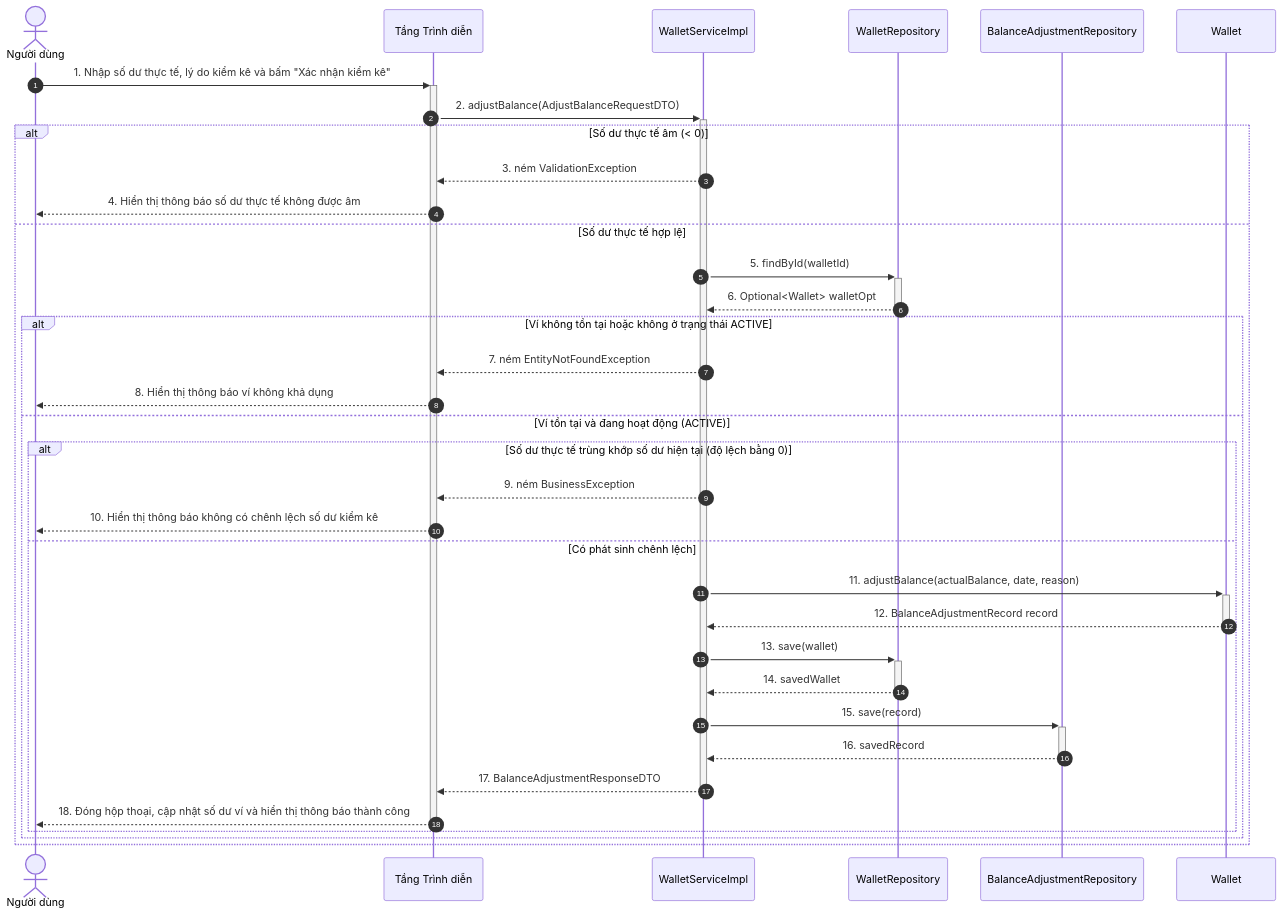
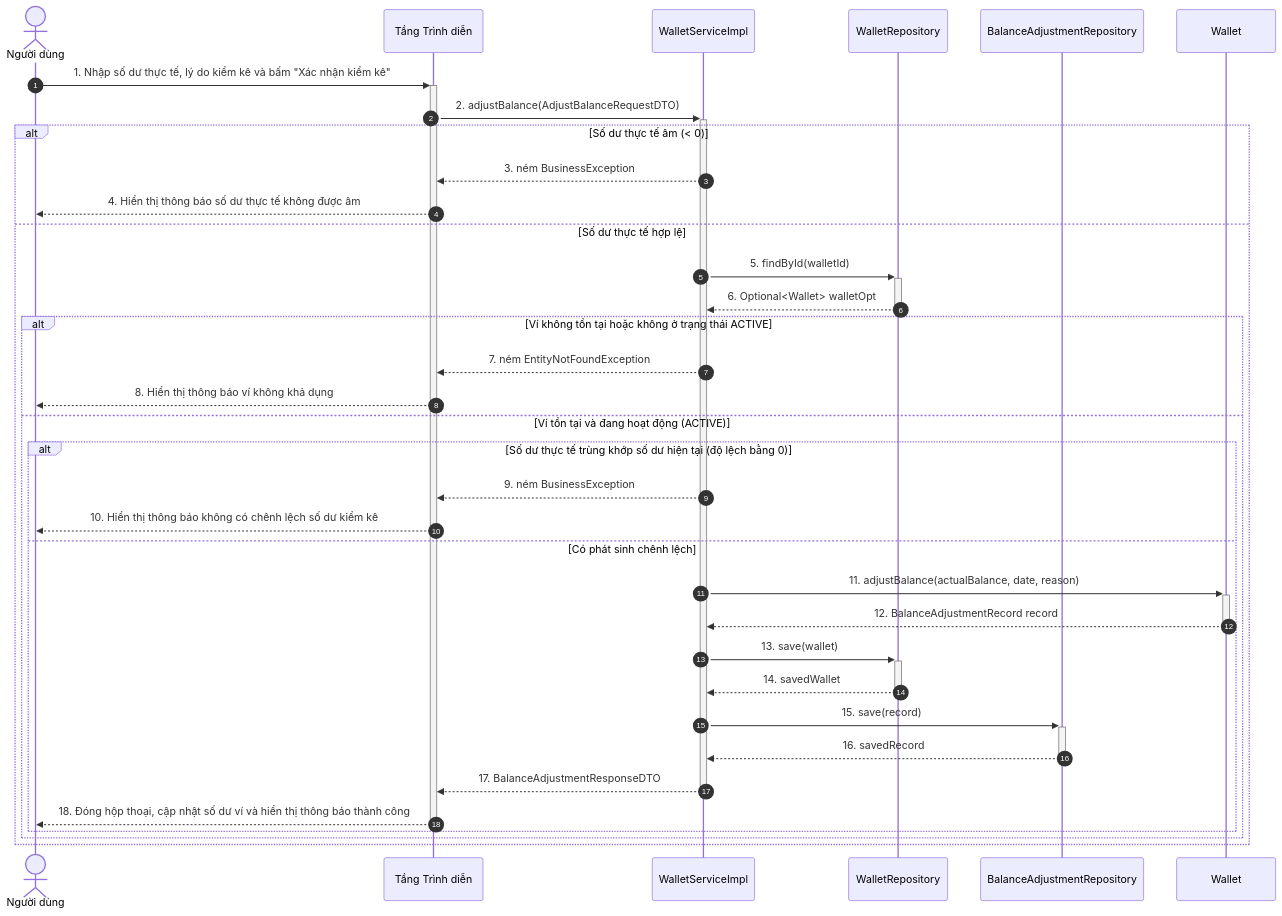
Before and after one commit to mynhleeh/pfms-oop: the fifth of 21 diagrams in docs/object-oriented-design/05-so-do-tuong-tac-thiet-ke-sequence-diagram.md, drawn with Mermaid. The commit also changed other lines of this file and 15 other files, not shown here.

````diff
--- a/docs/object-oriented-design/05-so-do-tuong-tac-thiet-ke-sequence-diagram.md
+++ b/docs/object-oriented-design/05-so-do-tuong-tac-thiet-ke-sequence-diagram.md
@@ -221,38 +221,38 @@
 ```mermaid
 sequenceDiagram
     autonumber
     actor User as Người dùng
     participant GUI as Tầng Trình diễn
     participant WalletService as WalletServiceImpl
     participant WalletRepo as WalletRepository
     participant AdjustRepo as BalanceAdjustmentRepository
     participant Wallet as Wallet
 
     User->>+GUI: 1. Nhập số dư thực tế, lý do kiểm kê và bấm "Xác nhận kiểm kê"
     GUI->>+WalletService: 2. adjustBalance(AdjustBalanceRequestDTO)
     alt Số dư thực tế âm (< 0)
-        WalletService-->>GUI: 3. ném ValidationException
+        WalletService-->>GUI: 3. ném BusinessException
         GUI-->>User: 4. Hiển thị thông báo số dư thực tế không được âm
     else Số dư thực tế hợp lệ
         WalletService->>+WalletRepo: 5. findById(walletId)
         WalletRepo-->>-WalletService: 6. Optional<Wallet> walletOpt
         alt Ví không tồn tại hoặc không ở trạng thái ACTIVE
             WalletService-->>GUI: 7. ném EntityNotFoundException
             GUI-->>User: 8. Hiển thị thông báo ví không khả dụng
         else Ví tồn tại và đang hoạt động (ACTIVE)
             alt Số dư thực tế trùng khớp số dư hiện tại (độ lệch bằng 0)
                 WalletService-->>GUI: 9. ném BusinessException
                 GUI-->>User: 10. Hiển thị thông báo không có chênh lệch số dư kiểm kê
             else Có phát sinh chênh lệch
                 WalletService->>+Wallet: 11. adjustBalance(actualBalance, date, reason)
                 Wallet-->>-WalletService: 12. BalanceAdjustmentRecord record
                 WalletService->>+WalletRepo: 13. save(wallet)
                 WalletRepo-->>-WalletService: 14. savedWallet
                 WalletService->>+AdjustRepo: 15. save(record)
                 AdjustRepo-->>-WalletService: 16. savedRecord
                 WalletService-->>-GUI: 17. BalanceAdjustmentResponseDTO
                 GUI-->>-User: 18. Đóng hộp thoại, cập nhật số dư ví và hiển thị thông báo thành công
             end
         end
     end
 ```
````
